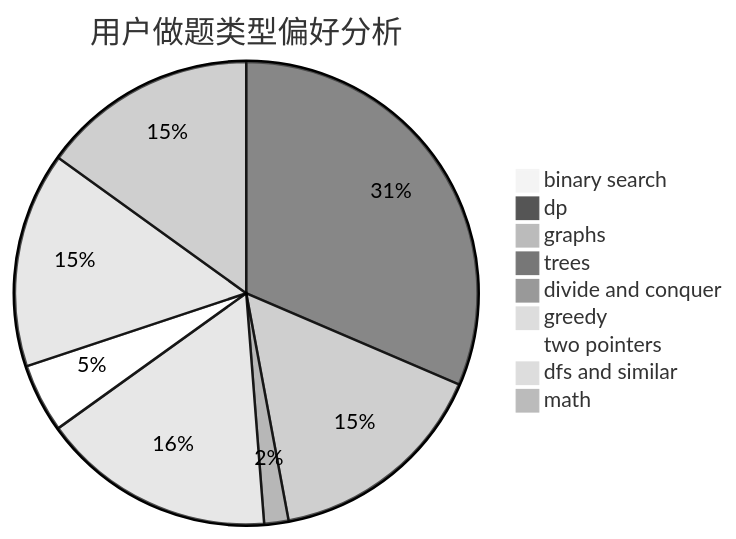
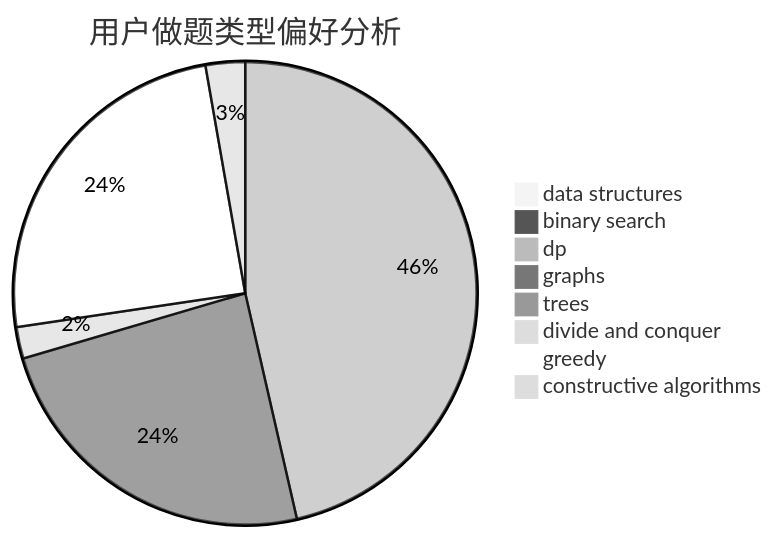
The second of 3 diagrams in docs/user/u2549.md (sherpahu/cfrs.github.io), drawn with Mermaid (neutral theme) before and after one commit. The commit also changed other lines of this file and 2775 other files, not shown here.

````diff
--- a/docs/user/u2549.md
+++ b/docs/user/u2549.md
@@ -23,12 +23,11 @@
 ```mermaid
 pie title 用户做题类型偏好分析
-    "binary search" :  11
-    "dp" :  445
-    "graphs" :  221
-    "trees" :  12
-    "divide and conquer" :  24
-    "greedy" :  231
-    "two pointers" :  68
-    "dfs and similar" :  213
-    "math" :  213
+    "data structures" :  0
+    "binary search" :  6
+    "dp" :  421
+    "graphs" :  218
+    "trees" :  7
+    "divide and conquer" :  20
+    "greedy" :  223
+    "constructive algorithms" :  25
 ```
````
